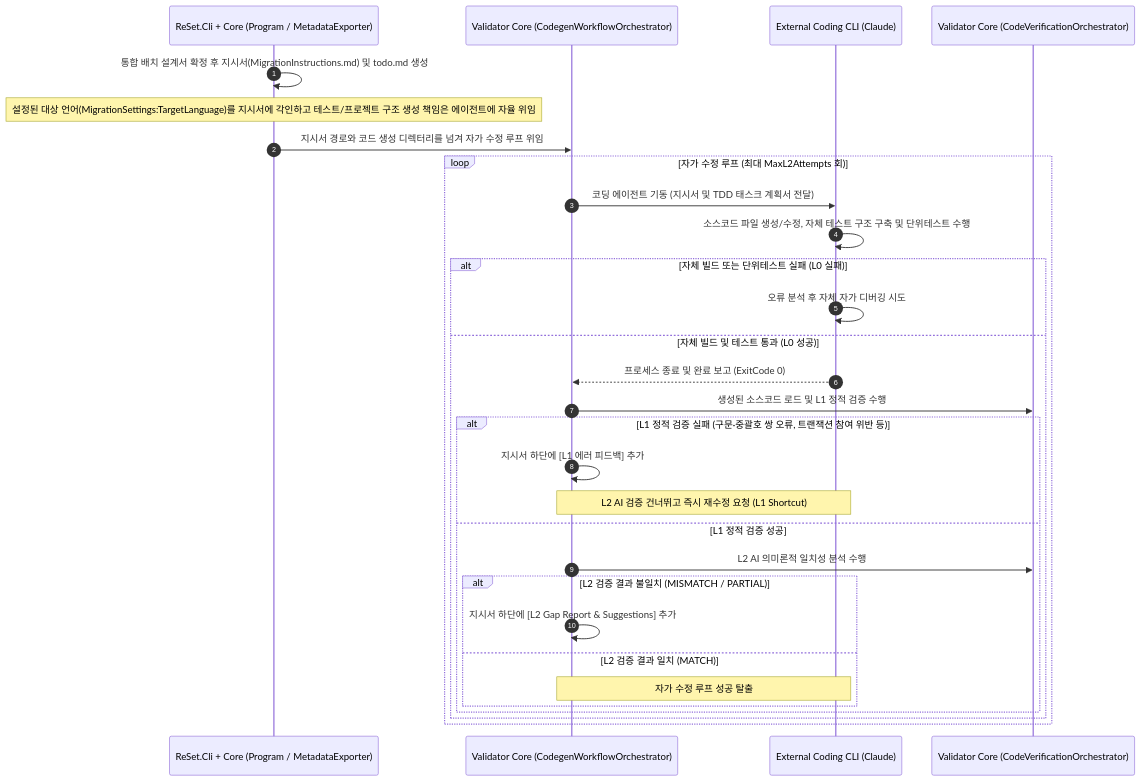
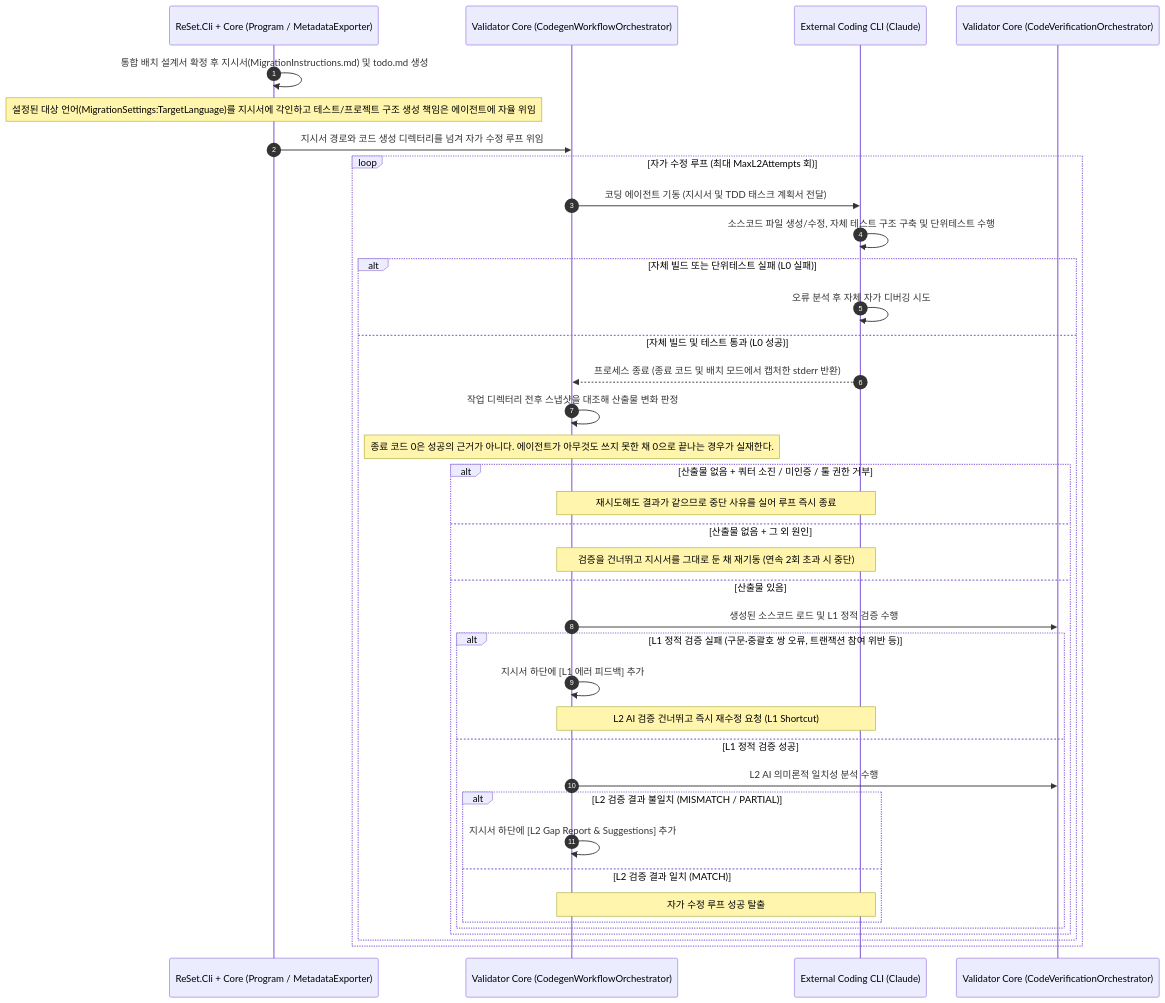
The fifth of 9 diagrams in docs/architecture.md (moondae815/ReSet), drawn with Mermaid before and after one commit. The commit also changed other lines of this file and 2 other files, not shown here.

Commit message:
docs: sync the three core documents with the codegen headless work
architecture.md had missed the work entirely — its 3.3 sequence diagram still
drew ExitCode 0 as the success signal, which is the belief the work removed.
Redraw it around the artifact check and its three outcomes, add the five new
classes to the 2.2 table, and split 5.3's unconditional console-inheritance
claim into the interactive and unattended cases.

Also correct the AGENTS.md test count (783 -> 821) and add the new class
shortcuts.

````diff
--- a/docs/architecture.md
+++ b/docs/architecture.md
@@ -259,33 +264,41 @@
 ```mermaid
 sequenceDiagram
     autonumber
     participant CLI as ReSet.Cli + Core (Program / MetadataExporter)
     participant RC as Validator Core (CodegenWorkflowOrchestrator)
     participant ECE as External Coding CLI (Claude)
     participant VAL as Validator Core (CodeVerificationOrchestrator)
 
     CLI->>CLI: 통합 배치 설계서 확정 후 지시서(MigrationInstructions.md) 및 todo.md 생성
     Note over CLI: 설정된 대상 언어(MigrationSettings:TargetLanguage)를 지시서에 각인하고 테스트/프로젝트 구조 생성 책임은 에이전트에 자율 위임
     CLI->>RC: 지시서 경로와 코드 생성 디렉터리를 넘겨 자가 수정 루프 위임
     loop 자가 수정 루프 (최대 MaxL2Attempts 회)
         RC->>ECE: 코딩 에이전트 기동 (지시서 및 TDD 태스크 계획서 전달)
         ECE->>ECE: 소스코드 파일 생성/수정, 자체 테스트 구조 구축 및 단위테스트 수행
         alt 자체 빌드 또는 단위테스트 실패 (L0 실패)
             ECE->>ECE: 오류 분석 후 자체 자가 디버깅 시도
         else 자체 빌드 및 테스트 통과 (L0 성공)
-            ECE-->>RC: 프로세스 종료 및 완료 보고 (ExitCode 0)
-            RC->>VAL: 생성된 소스코드 로드 및 L1 정적 검증 수행
-            alt L1 정적 검증 실패 (구문·중괄호 쌍 오류, 트랜잭션 참여 위반 등)
-                RC->>RC: 지시서 하단에 [L1 에러 피드백] 추가
-                Note over RC,ECE: L2 AI 검증 건너뛰고 즉시 재수정 요청 (L1 Shortcut)
-            else L1 정적 검증 성공
-                RC->>VAL: L2 AI 의미론적 일치성 분석 수행
-                alt L2 검증 결과 불일치 (MISMATCH / PARTIAL)
-                    RC->>RC: 지시서 하단에 [L2 Gap Report & Suggestions] 추가
-                else L2 검증 결과 일치 (MATCH)
-                    Note over RC,ECE: 자가 수정 루프 성공 탈출
+            ECE-->>RC: 프로세스 종료 (종료 코드 및 배치 모드에서 캡처한 stderr 반환)
+            RC->>RC: 작업 디렉터리 전후 스냅샷을 대조해 산출물 변화 판정
+            Note over RC: 종료 코드 0은 성공의 근거가 아니다. 에이전트가 아무것도 쓰지 못한 채 0으로 끝나는 경우가 실재한다.
+            alt 산출물 없음 + 쿼터 소진 / 미인증 / 툴 권한 거부
+                Note over RC,ECE: 재시도해도 결과가 같으므로 중단 사유를 실어 루프 즉시 종료
+            else 산출물 없음 + 그 외 원인
+                Note over RC,ECE: 검증을 건너뛰고 지시서를 그대로 둔 채 재기동 (연속 2회 초과 시 중단)
+            else 산출물 있음
+                RC->>VAL: 생성된 소스코드 로드 및 L1 정적 검증 수행
+                alt L1 정적 검증 실패 (구문·중괄호 쌍 오류, 트랜잭션 참여 위반 등)
+                    RC->>RC: 지시서 하단에 [L1 에러 피드백] 추가
+                    Note over RC,ECE: L2 AI 검증 건너뛰고 즉시 재수정 요청 (L1 Shortcut)
+                else L1 정적 검증 성공
+                    RC->>VAL: L2 AI 의미론적 일치성 분석 수행
+                    alt L2 검증 결과 불일치 (MISMATCH / PARTIAL)
+                        RC->>RC: 지시서 하단에 [L2 Gap Report & Suggestions] 추가
+                    else L2 검증 결과 일치 (MATCH)
+                        Note over RC,ECE: 자가 수정 루프 성공 탈출
+                    end
                 end
             end
         end
     end
 ```
````
